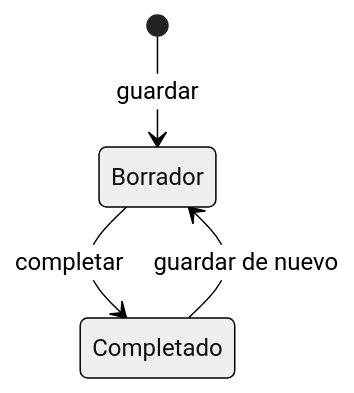
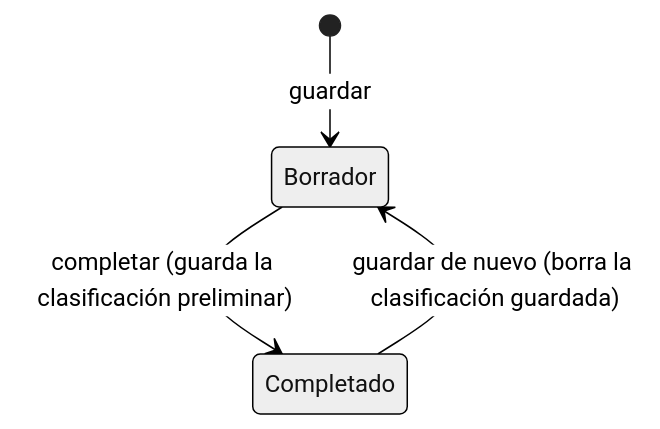
The diagram in docs/funcional/cuestionario-preliminar-formulario.md (albarracingarciap/fluxion-saas), drawn with Mermaid (neutral theme) before and after one commit. The commit also changed other lines of this file and 14 other files, not shown here.

````diff
--- a/docs/funcional/cuestionario-preliminar-formulario.md
+++ b/docs/funcional/cuestionario-preliminar-formulario.md
@@ -93,6 +166,6 @@
 ```mermaid
 stateDiagram-v2
   [*] --> Borrador: guardar
-  Borrador --> Completado: completar
-  Completado --> Borrador: guardar de nuevo
+  Borrador --> Completado: completar (guarda la clasificación preliminar)
+  Completado --> Borrador: guardar de nuevo (borra la clasificación guardada)
 ```
````
